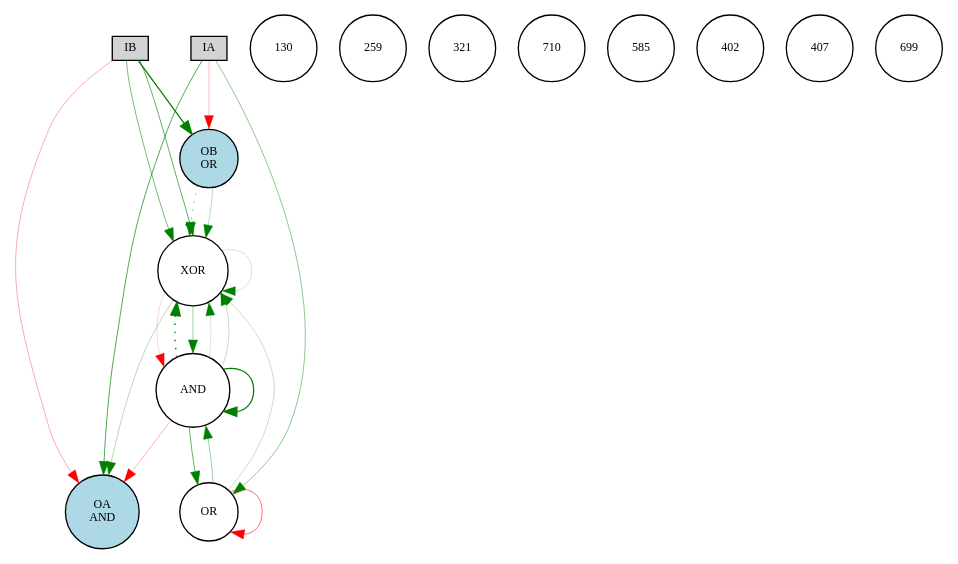
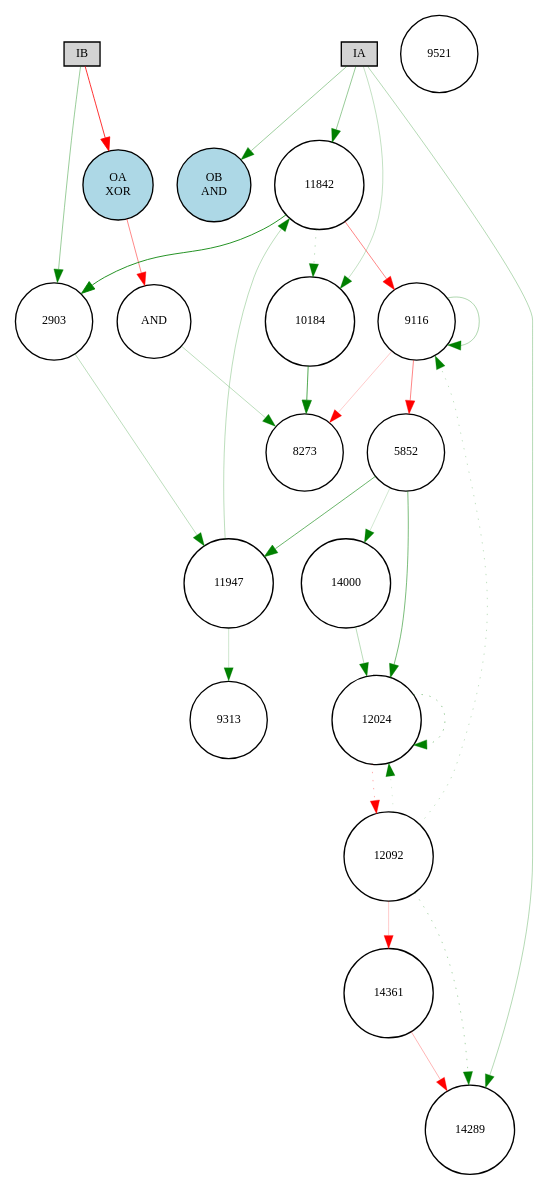
The diagram in source/discrete_experiment/Digraph.gv (danxan/neuromorphic-evolution), drawn with Graphviz before and after one commit. The commit also changed 7 other files, not shown here.

```diff
--- a/source/discrete_experiment/Digraph.gv
+++ b/source/discrete_experiment/Digraph.gv
@@ -1,47 +1,55 @@
 digraph {
 	node [fontsize=9 height=0.2 shape=circle width=0.2]
 	IA [fillcolor=lightgray shape=box style=filled]
 	IB [fillcolor=lightgray shape=box style=filled]
 	"OA
+XOR" [fillcolor=lightblue style=filled]
+	"OB
 AND" [fillcolor=lightblue style=filled]
-	"OB
-OR" [fillcolor=lightblue style=filled]
-	130 [fillcolor=white style=filled]
-	259 [fillcolor=white style=filled]
-	321 [fillcolor=white style=filled]
-	710 [fillcolor=white style=filled]
-	585 [fillcolor=white style=filled]
-	402 [fillcolor=white style=filled]
-	407 [fillcolor=white style=filled]
-	699 [fillcolor=white style=filled]
-	IA -> "OA
-AND" [color=green penwidth=0.5065977212878017 style=solid]
+	9313 [fillcolor=white style=filled]
+	11842 [fillcolor=white style=filled]
+	12092 [fillcolor=white style=filled]
+	10184 [fillcolor=white style=filled]
+	9116 [fillcolor=white style=filled]
+	11947 [fillcolor=white style=filled]
+	14000 [fillcolor=white style=filled]
+	8273 [fillcolor=white style=filled]
+	9521 [fillcolor=white style=filled]
+	14289 [fillcolor=white style=filled]
+	2903 [fillcolor=white style=filled]
+	12024 [fillcolor=white style=filled]
+	14361 [fillcolor=white style=filled]
+	5852 [fillcolor=white style=filled]
+	IB -> "OA
+XOR" [color=red penwidth=0.597578960550803 style=solid]
 	IA -> "OB
-OR" [color=red penwidth=0.2047424368321135 style=solid]
-	IB -> "OA
-AND" [color=red penwidth=0.24889392028483773 style=solid]
-	IB -> "OB
-OR" [color=green penwidth=0.9313114927874316 style=solid]
-	"OB
-OR" -> XOR [color=green penwidth=0.4139762359272099 style=dotted]
-	AND -> AND [color=green penwidth=0.9082745986383759 style=solid]
-	XOR -> AND [color=red penwidth=0.14196153569139888 style=solid]
-	AND -> XOR [color=green penwidth=1.1216597922781253 style=dotted]
-	IB -> XOR [color=green penwidth=0.3974960930848903 style=solid]
-	"OB
-OR" -> XOR [color=green penwidth=0.2084475852411639 style=solid]
-	XOR -> XOR [color=green penwidth=0.15400734163386712 style=solid]
-	OR -> OR [color=red penwidth=0.42159344427259215 style=solid]
-	OR -> AND [color=green penwidth=0.28888075240998634 style=solid]
-	OR -> XOR [color=green penwidth=0.17564301415040529 style=solid]
-	XOR -> AND [color=green penwidth=0.2902417941592189 style=solid]
-	AND -> XOR [color=green penwidth=0.13567562204203565 style=solid]
-	AND -> OR [color=green penwidth=0.44926153135446434 style=solid]
-	AND -> XOR [color=green penwidth=0.18183995211286802 style=solid]
-	AND -> "OA
-AND" [color=red penwidth=0.22527679449315366 style=solid]
-	IA -> OR [color=green penwidth=0.3299682363040921 style=solid]
-	XOR -> "OA
-AND" [color=green penwidth=0.2165558198473833 style=solid]
-	IB -> XOR [color=green penwidth=0.45983705177506673 style=solid]
+AND" [color=green penwidth=0.2882934305337479 style=solid]
+	9116 -> 5852 [color=red penwidth=0.3625968942427118 style=solid]
+	12024 -> 12024 [color=green penwidth=0.32436630898749397 style=dotted]
+	12092 -> 12024 [color=green penwidth=0.12376922814366217 style=dotted]
+	11842 -> 10184 [color=green penwidth=0.22203121340906762 style=dotted]
+	2903 -> 11947 [color=green penwidth=0.20200955548739366 style=solid]
+	12092 -> 9116 [color=green penwidth=0.1941974453254968 style=dotted]
+	IA -> 10184 [color=green penwidth=0.1849300052607309 style=solid]
+	10184 -> 8273 [color=green penwidth=0.5125378278374565 style=solid]
+	IB -> 2903 [color=green penwidth=0.30217966587765194 style=solid]
+	12024 -> 12092 [color=red penwidth=0.24976709038984923 style=dotted]
+	5852 -> 12024 [color=green penwidth=0.3873299964692515 style=solid]
+	11947 -> 11842 [color=green penwidth=0.20435404789919376 style=solid]
+	9116 -> 8273 [color=red penwidth=0.15787650159043487 style=solid]
+	AND -> 8273 [color=green penwidth=0.2003225234341109 style=solid]
+	12092 -> 14289 [color=green penwidth=0.263456299161529 style=dotted]
+	"OA
+XOR" -> AND [color=red penwidth=0.34868618663860906 style=solid]
+	11842 -> 9116 [color=red penwidth=0.3563618303768361 style=solid]
+	12092 -> 14361 [color=red penwidth=0.16352911074400311 style=solid]
+	14361 -> 14289 [color=red penwidth=0.2196363202502204 style=solid]
+	14000 -> 12024 [color=green penwidth=0.20931131242223394 style=solid]
+	9116 -> 9116 [color=green penwidth=0.24401765205598488 style=solid]
+	5852 -> 11947 [color=green penwidth=0.44228513336621256 style=solid]
+	5852 -> 14000 [color=green penwidth=0.13959725952580748 style=solid]
+	IA -> 11842 [color=green penwidth=0.3145659215688239 style=solid]
+	11947 -> 9313 [color=green penwidth=0.15301126960364847 style=solid]
+	11842 -> 2903 [color=green penwidth=0.6446504896778084 style=solid]
+	IA -> 14289 [color=green penwidth=0.22449507256640205 style=solid]
 }
```
